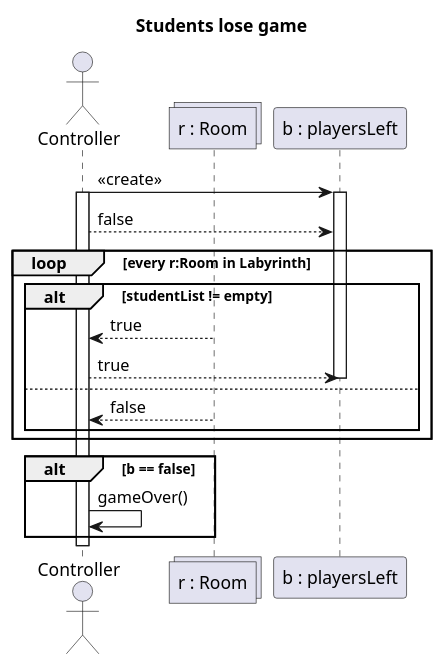
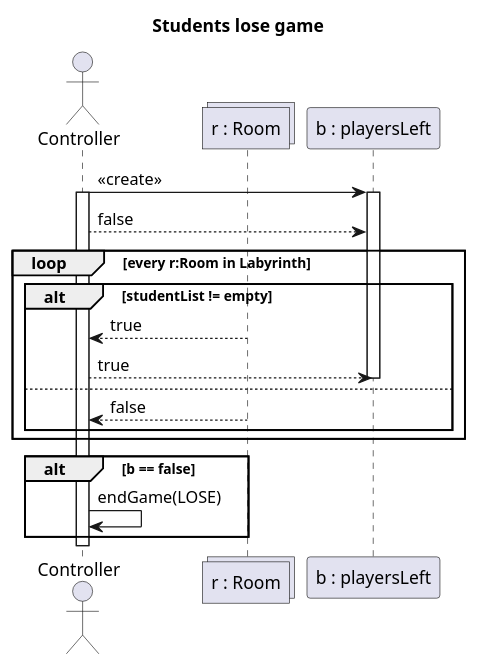
Before and after one commit to MBakter/echo: the diagram in Reko/gameOver.plantuml, drawn with PlantUML. The commit also changed 4 other files, not shown here.

```diff
--- a/Reko/gameOver.plantuml
+++ b/Reko/gameOver.plantuml
@@ -1,26 +1,26 @@
 @startuml Students lose game
 title Students lose game
 
 actor Controller as C
 collections "r : Room" as r
 participant "b : playersLeft" as b
 
 C -> b : <<create>>
 Activate C
 Activate b
 C --> b : false
 loop every r:Room in Labyrinth
 alt studentList != empty
 r --> C : true
 C --> b : true
 Deactivate b
 else
 r --> C : false
 end
 end
 alt b == false
-C -> C : gameOver()
+C -> C : endGame(LOSE)
 end
 Deactivate C
 
 @enduml
```
